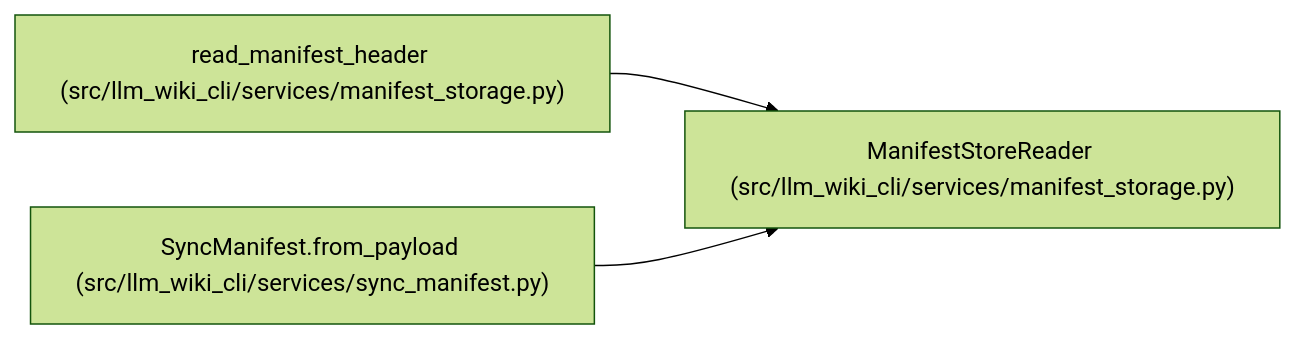
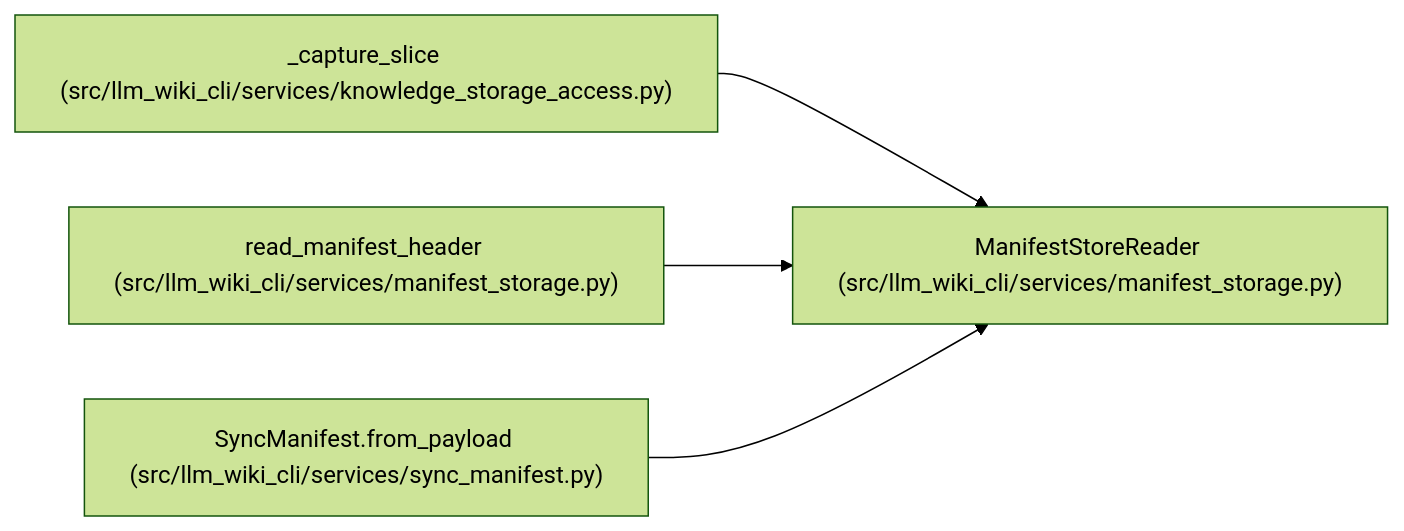
The diagram in docs/llm_wiki/entities/ManifestStoreReader.md (Denissvgn/python-wiki-llm), drawn with Mermaid (forest theme) before and after one commit. The commit also changed other lines of this file and 1410 other files, not shown here.

````diff
--- a/docs/llm_wiki/entities/ManifestStoreReader.md
+++ b/docs/llm_wiki/entities/ManifestStoreReader.md
@@ -28,11 +28,14 @@
 ```mermaid
 flowchart LR
     n0["ManifestStoreReader (src/llm_wiki_cli/services/manifest_storage.py)"]
-    n1["read_manifest_header (src/llm_wiki_cli/services/manifest_storage.py)"]
-    n2["SyncManifest.from_payload (src/llm_wiki_cli/services/sync_manifest.py)"]
+    n1["_capture_slice (src/llm_wiki_cli/services/knowledge_storage_access.py)"]
+    n2["read_manifest_header (src/llm_wiki_cli/services/manifest_storage.py)"]
+    n3["SyncManifest.from_payload (src/llm_wiki_cli/services/sync_manifest.py)"]
     n1 --> n0
     n2 --> n0
+    n3 --> n0
     click n0 "../modules/manifest_storage.md"
-    click n1 "../modules/manifest_storage.md"
-    click n2 "../modules/sync_manifest.md"
+    click n1 "../modules/knowledge_storage_access.md"
+    click n2 "../modules/manifest_storage.md"
+    click n3 "../modules/sync_manifest.md"
 ```
````
